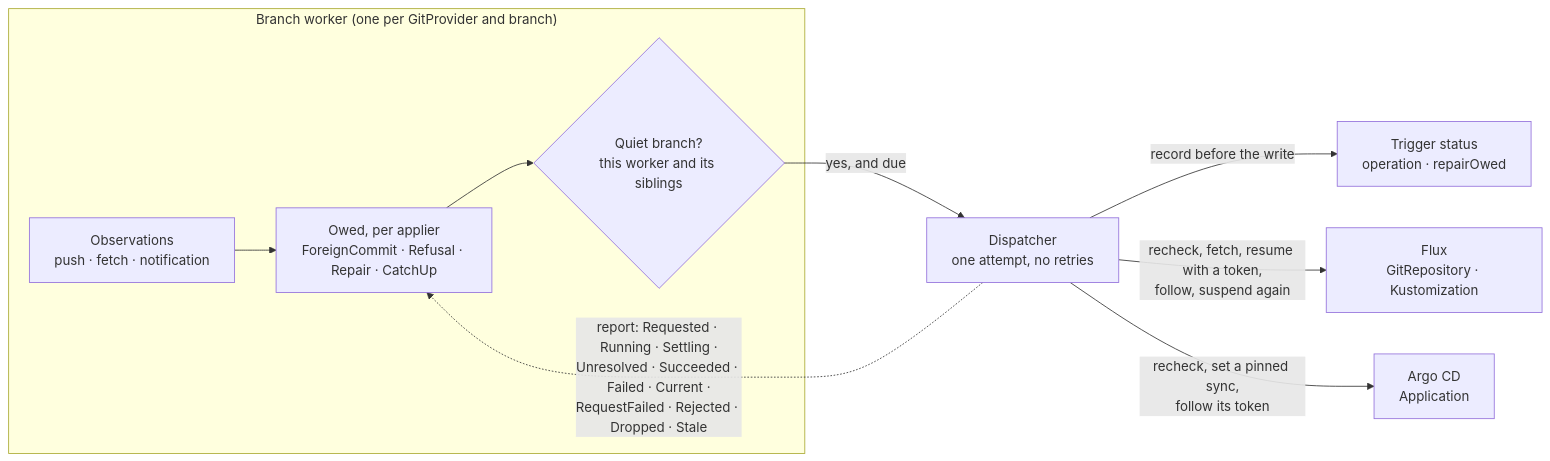
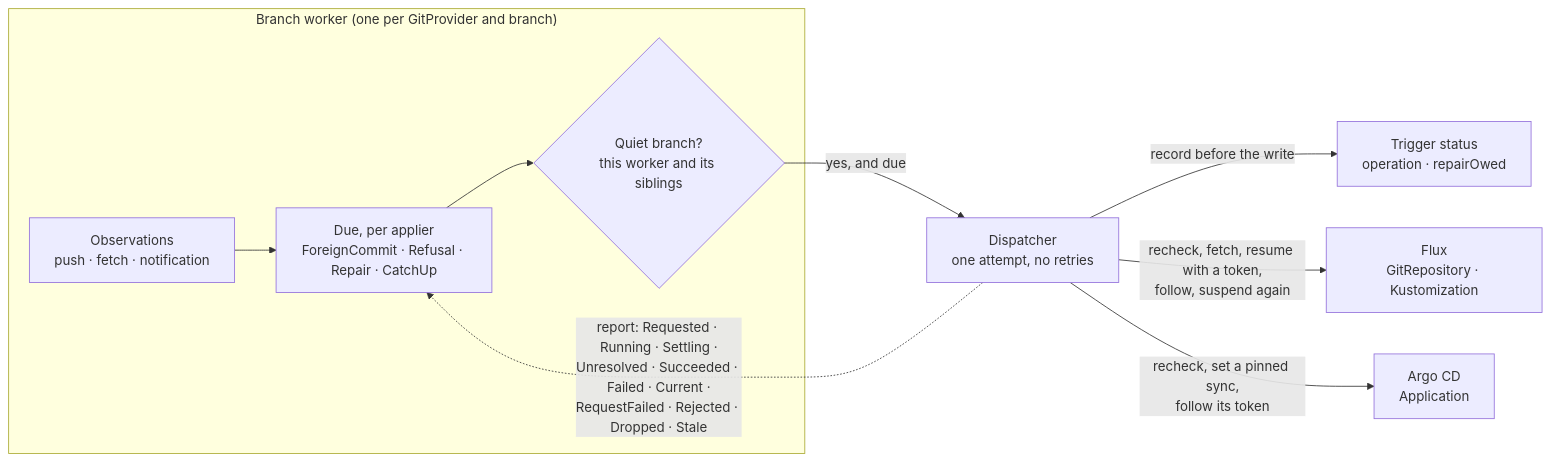
Before and after one commit to ConfigButler/gitops-reverser: the diagram in docs/design/apply-trigger.md, drawn with Mermaid. The commit also changed other lines of this file and 13 other files, not shown here.

````diff
--- a/docs/design/apply-trigger.md
+++ b/docs/design/apply-trigger.md
@@ -117,19 +118,19 @@
 ```mermaid
 flowchart LR
     subgraph WORKER["Branch worker (one per GitProvider and branch)"]
         OBS["Observations<br/>push · fetch · notification"]
-        OWE["Owed, per applier<br/>ForeignCommit · Refusal · Repair · CatchUp"]
+        DUE["Due, per applier<br/>ForeignCommit · Refusal · Repair · CatchUp"]
         QUIET{"Quiet branch?<br/>this worker and its siblings"}
     end
     EXEC["Dispatcher<br/>one attempt, no retries"]
     TRIG["Trigger status<br/>operation · repairOwed"]
     FLUX["Flux<br/>GitRepository · Kustomization"]
     ARGO["Argo CD<br/>Application"]
 
-    OBS --> OWE --> QUIET
+    OBS --> DUE --> QUIET
     QUIET -- "yes, and due" --> EXEC
     EXEC -- "record before the write" --> TRIG
     EXEC -- "recheck, fetch, resume with a token,<br/>follow, suspend again" --> FLUX
     EXEC -- "recheck, set a pinned sync,<br/>follow its token" --> ARGO
-    EXEC -. "report: Requested · Running · Settling ·<br/>Unresolved · Succeeded · Failed · Current ·<br/>RequestFailed · Rejected · Dropped · Stale" .-> OWE
+    EXEC -. "report: Requested · Running · Settling ·<br/>Unresolved · Succeeded · Failed · Current ·<br/>RequestFailed · Rejected · Dropped · Stale" .-> DUE
 ```
````
